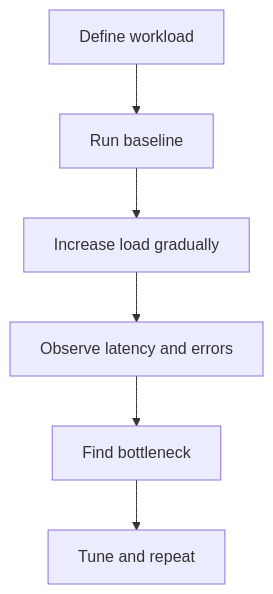
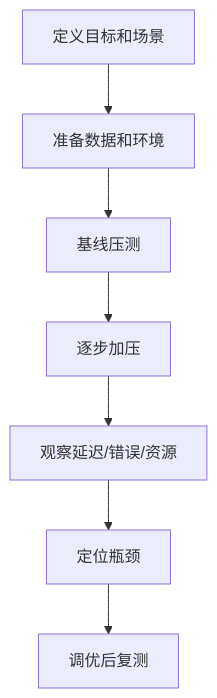
The first of 3 diagrams in docs/performance/load-testing.md (AmazingCaddy/readings-backend), drawn with Mermaid before and after one commit. The commit also changed other lines of this file, not shown here.

Commit message:
docs: expand load testing guide

````diff
--- a/docs/performance/load-testing.md
+++ b/docs/performance/load-testing.md
@@ -9,8 +12,9 @@
 ```mermaid
 flowchart TD
-    A[Define workload] --> B[Run baseline]
-    B --> C[Increase load gradually]
-    C --> D[Observe latency and errors]
-    D --> E[Find bottleneck]
-    E --> F[Tune and repeat]
+    A[定义目标和场景] --> B[准备数据和环境]
+    B --> C[基线压测]
+    C --> D[逐步加压]
+    D --> E[观察延迟/错误/资源]
+    E --> F[定位瓶颈]
+    F --> G[调优后复测]
 ```
````
